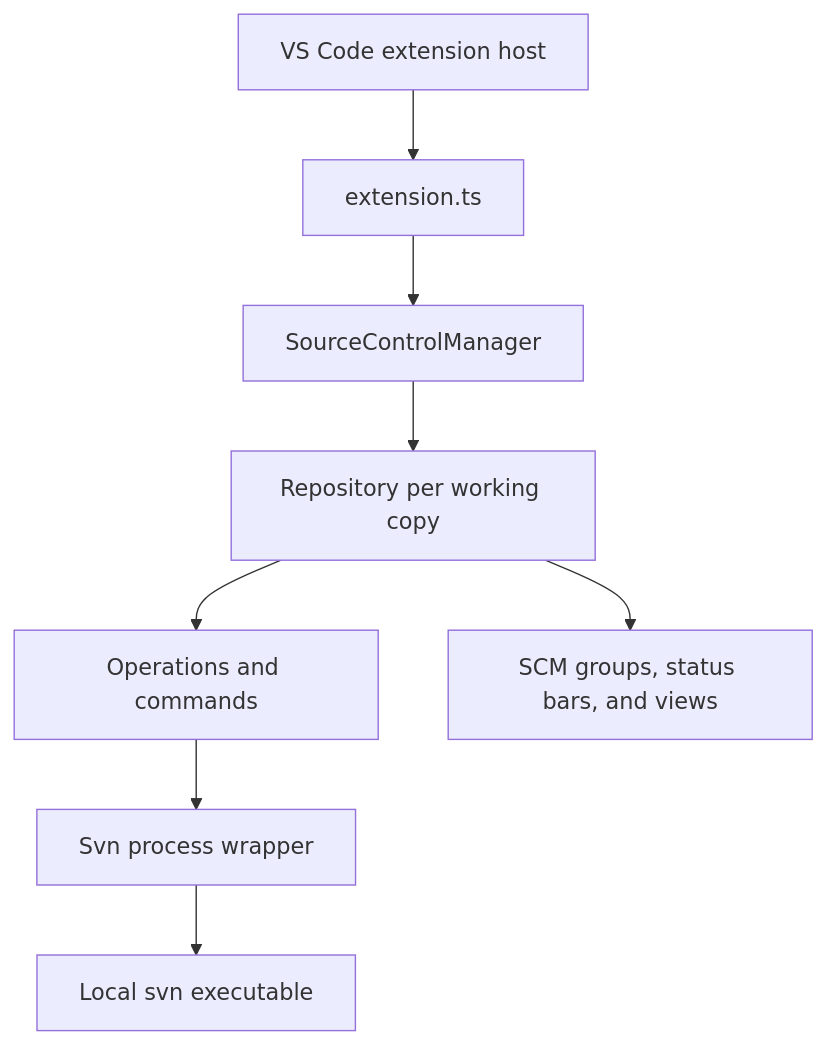
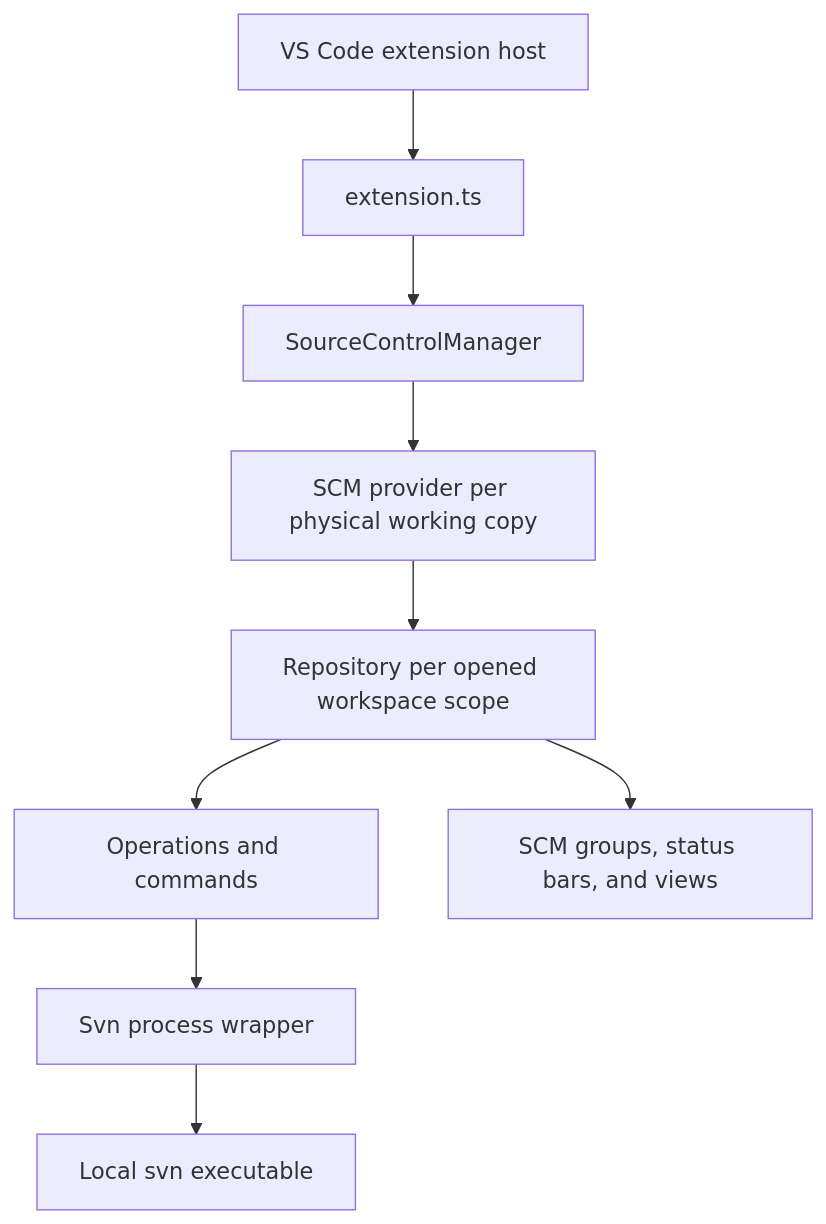
The diagram in docs/architecture.md (AntonM030481/svn-scm), drawn with Mermaid before and after one commit. The commit also changed other lines of this file and 23 other files, not shown here.

Commit message:
Unify SCM providers by SVN working copy

````diff
--- a/docs/architecture.md
+++ b/docs/architecture.md
@@ -12,10 +12,11 @@
 ```mermaid
 flowchart TD
     VS[VS Code extension host] --> EXT[extension.ts]
     EXT --> SCM[SourceControlManager]
-    SCM --> REPO[Repository per working copy]
+    SCM --> WC[SCM provider per physical working copy]
+    WC --> REPO[Repository per opened workspace scope]
     REPO --> OPS[Operations and commands]
     OPS --> SVN[Svn process wrapper]
     SVN --> CLI[Local svn executable]
     REPO --> UI[SCM groups, status bars, and views]
 ```
````
